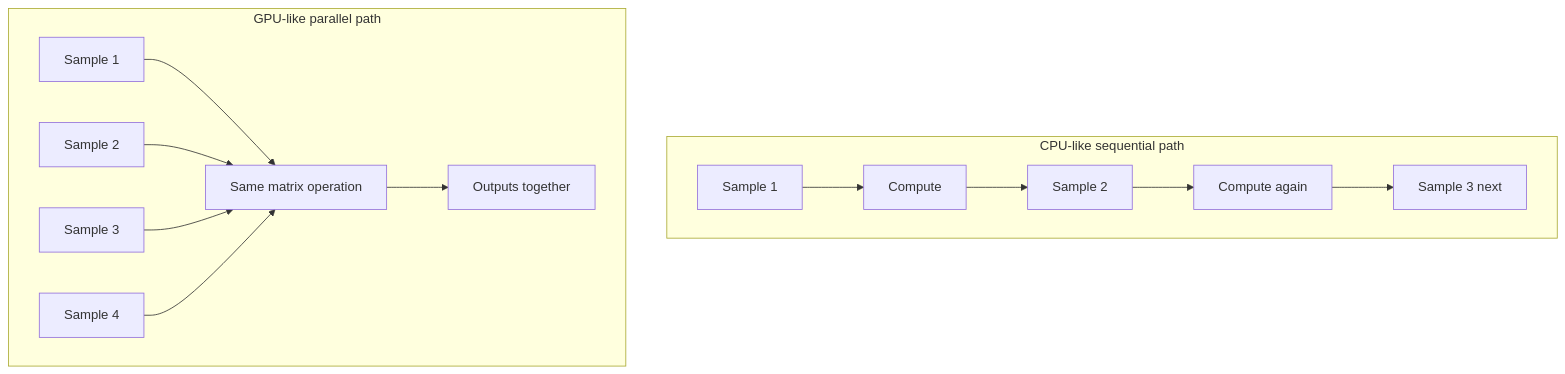
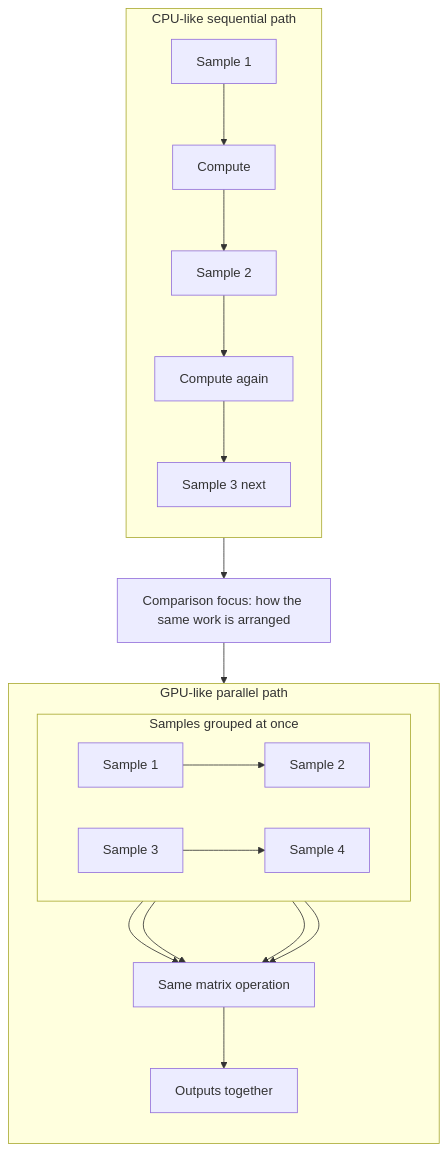
The diagram in docs/assets/part-05/chapter-09/cpu-gpu-parallel-flow-en.mmd (devchan64/AiBook), drawn with Mermaid before and after one commit. The commit also changed 130 other files, not shown here.

Commit message:
Refine part 5 charts and terminology

```diff
--- a/docs/assets/part-05/chapter-09/cpu-gpu-parallel-flow-en.mmd
+++ b/docs/assets/part-05/chapter-09/cpu-gpu-parallel-flow-en.mmd
@@ -1,15 +1,26 @@
 flowchart TD
   subgraph CPU["CPU-like sequential path"]
+    direction TB
     A1["Sample 1"] --> B1["Compute"]
     B1 --> C1["Sample 2"]
     C1 --> D1["Compute again"]
     D1 --> E1["Sample 3 next"]
   end
 
+  GAP["Comparison focus: how the same work is arranged"]
+
   subgraph GPU["GPU-like parallel path"]
-    A2["Sample 1"] --> P["Same matrix operation"]
-    A3["Sample 2"] --> P
-    A4["Sample 3"] --> P
-    A5["Sample 4"] --> P
+    direction TB
+    subgraph INPUTS["Samples grouped at once"]
+      direction LR
+      A2["Sample 1"] --> A3["Sample 2"]
+      A4["Sample 3"] --> A5["Sample 4"]
+    end
+    A2 --> P["Same matrix operation"]
+    A3 --> P
+    A4 --> P
+    A5 --> P
     P --> O["Outputs together"]
   end
+
+  CPU --> GAP --> GPU
```
